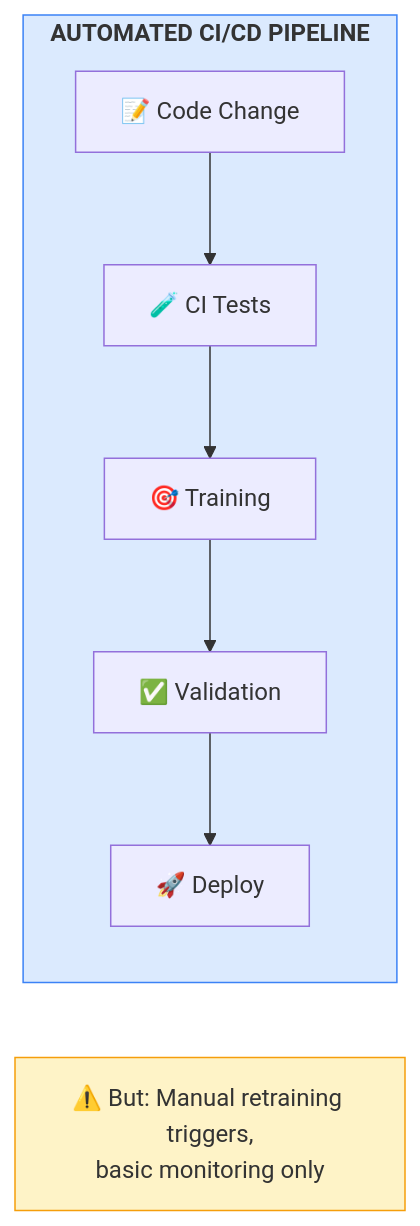
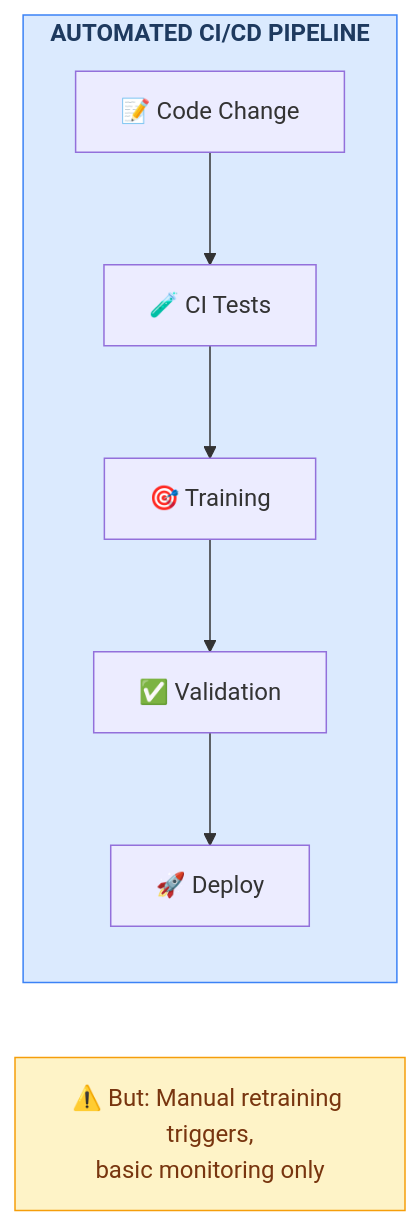
One commit to asq-sheriff/AI-Production-Checklist changed the third of 4 diagrams in docs/MLOPS-MATURITY-MODEL.md. Above: the diagram before and after it, drawn with Mermaid. The commit also changed other lines of this file and 8 other files, not shown here.

First line of the commit message:
Fix text contrast in all Mermaid diagrams

````diff
--- a/docs/MLOPS-MATURITY-MODEL.md
+++ b/docs/MLOPS-MATURITY-MODEL.md
@@ -120,14 +120,14 @@
 ```mermaid
 flowchart LR
     subgraph cicd[<b>AUTOMATED CI/CD PIPELINE</b>]
         Code[📝 Code Change] --> CI[🧪 CI Tests]
         CI --> Train[🎯 Training]
         Train --> Val[✅ Validation]
         Val --> Deploy[🚀 Deploy]
     end
 
     Note[⚠️ But: Manual retraining triggers,<br/>basic monitoring only]
 
-    style cicd fill:#dbeafe,stroke:#3b82f6
-    style Note fill:#fef3c7,stroke:#f59e0b
+    style cicd fill:#dbeafe,stroke:#3b82f6,color:#1e3a5f
+    style Note fill:#fef3c7,stroke:#f59e0b,color:#78350f
 ```
````
